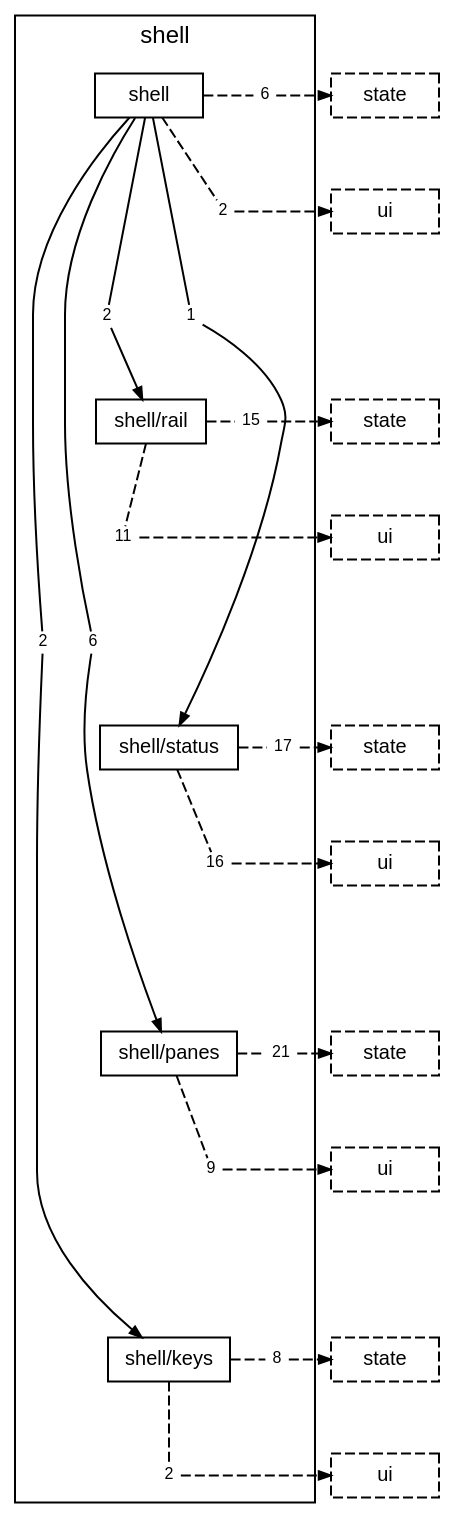
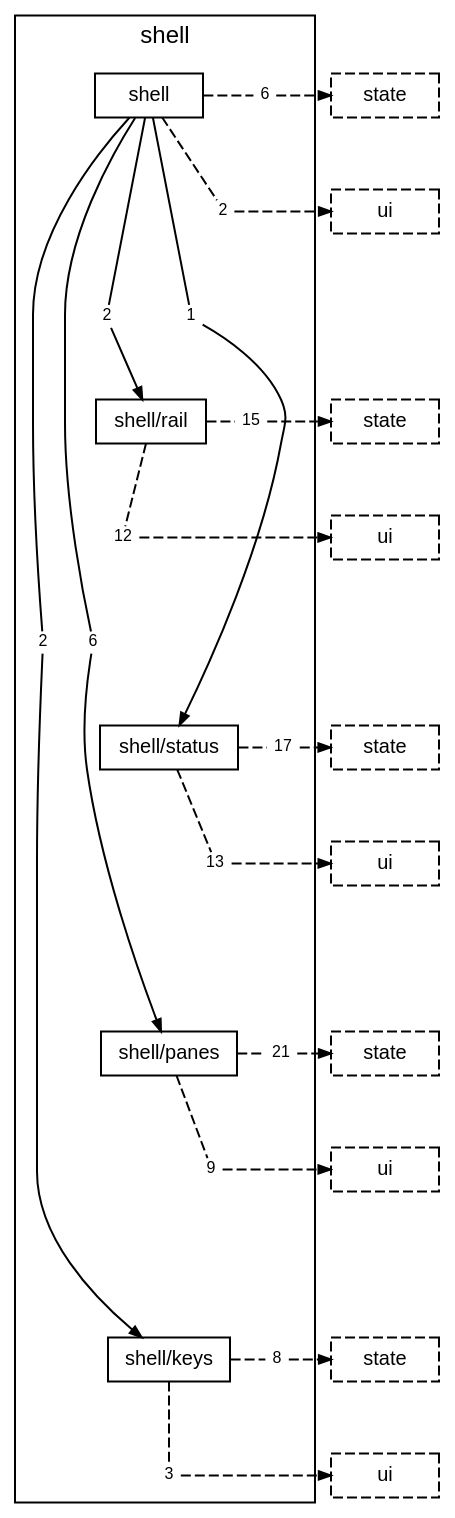
The diagram in docs/diagrams/layer-shell.dot (TheAxeC/oculus), drawn with Graphviz before and after one commit. The commit also changed 66 other files, not shown here.

```diff
--- a/docs/diagrams/layer-shell.dot
+++ b/docs/diagrams/layer-shell.dot
@@ -1,79 +1,79 @@
 digraph layer_shell {
     graph [bgcolor="transparent", rankdir=TB, newrank=true, fontname="Helvetica,Arial,sans-serif", fontsize=12, nodesep=0.2, ranksep=0.5];
     node [shape=box, color="black", fontcolor="black", fontname="Helvetica,Arial,sans-serif", fontsize=10, height=0.3, margin="0.12,0.04"];
     edge [color="black", fontcolor="black", fontname="Helvetica,Arial,sans-serif", fontsize=8, arrowsize=0.6];
     subgraph "cluster_shell" {
         label="shell"; style=solid;
         "folder shell" [label="shell"];
         "folder shell/rail" [label="shell/rail"];
         "folder shell/status" [label="shell/status"];
         "folder shell/panes" [label="shell/panes"];
         "folder shell/keys" [label="shell/keys"];
         "folder shell to folder shell/keys" [label="2", shape=box, color="transparent", fontsize=8, width=0, height=0, margin="0.04,0.02"];
         "folder shell to folder shell/panes" [label="6", shape=box, color="transparent", fontsize=8, width=0, height=0, margin="0.04,0.02"];
         "folder shell to folder shell/rail" [label="2", shape=box, color="transparent", fontsize=8, width=0, height=0, margin="0.04,0.02"];
         "folder shell to folder shell/status" [label="1", shape=box, color="transparent", fontsize=8, width=0, height=0, margin="0.04,0.02"];
         "folder shell to layer state" [label="6", shape=box, color="transparent", fontsize=8, width=0, height=0, margin="0.04,0.02"];
         "folder shell to layer ui" [label="2", shape=box, color="transparent", fontsize=8, width=0, height=0, margin="0.04,0.02"];
         "folder shell/rail to layer state" [label="15", shape=box, color="transparent", fontsize=8, width=0, height=0, margin="0.04,0.02"];
-        "folder shell/rail to layer ui" [label="11", shape=box, color="transparent", fontsize=8, width=0, height=0, margin="0.04,0.02"];
+        "folder shell/rail to layer ui" [label="12", shape=box, color="transparent", fontsize=8, width=0, height=0, margin="0.04,0.02"];
         "folder shell/status to layer state" [label="17", shape=box, color="transparent", fontsize=8, width=0, height=0, margin="0.04,0.02"];
-        "folder shell/status to layer ui" [label="16", shape=box, color="transparent", fontsize=8, width=0, height=0, margin="0.04,0.02"];
+        "folder shell/status to layer ui" [label="13", shape=box, color="transparent", fontsize=8, width=0, height=0, margin="0.04,0.02"];
         "folder shell/panes to layer state" [label="21", shape=box, color="transparent", fontsize=8, width=0, height=0, margin="0.04,0.02"];
         "folder shell/panes to layer ui" [label="9", shape=box, color="transparent", fontsize=8, width=0, height=0, margin="0.04,0.02"];
         "folder shell/keys to layer state" [label="8", shape=box, color="transparent", fontsize=8, width=0, height=0, margin="0.04,0.02"];
-        "folder shell/keys to layer ui" [label="2", shape=box, color="transparent", fontsize=8, width=0, height=0, margin="0.04,0.02"];
+        "folder shell/keys to layer ui" [label="3", shape=box, color="transparent", fontsize=8, width=0, height=0, margin="0.04,0.02"];
     }
     "layer state from folder shell" [label="state", style=dashed];
     "layer ui from folder shell" [label="ui", style=dashed];
     "layer state from folder shell/rail" [label="state", style=dashed];
     "layer ui from folder shell/rail" [label="ui", style=dashed];
     "layer state from folder shell/status" [label="state", style=dashed];
     "layer ui from folder shell/status" [label="ui", style=dashed];
     "layer state from folder shell/panes" [label="state", style=dashed];
     "layer ui from folder shell/panes" [label="ui", style=dashed];
     "layer state from folder shell/keys" [label="state", style=dashed];
     "layer ui from folder shell/keys" [label="ui", style=dashed];
     "folder shell" -> "folder shell/rail" [style=invis, weight=10, minlen=3];
     "folder shell/rail" -> "folder shell/status" [style=invis, weight=10, minlen=3];
     "folder shell/status" -> "folder shell/panes" [style=invis, weight=10, minlen=3];
     "folder shell/panes" -> "folder shell/keys" [style=invis, weight=10, minlen=3];
     "folder shell" -> "folder shell to folder shell/keys" [arrowhead=none, minlen=5, weight=10];
     "folder shell to folder shell/keys" -> "folder shell/keys" [];
     "folder shell" -> "folder shell to folder shell/panes" [arrowhead=none, minlen=5, weight=10];
     "folder shell to folder shell/panes" -> "folder shell/panes" [];
     "folder shell" -> "folder shell to folder shell/rail" [arrowhead=none, minlen=2, weight=10];
     "folder shell to folder shell/rail" -> "folder shell/rail" [];
     "folder shell" -> "folder shell to folder shell/status" [arrowhead=none, minlen=2, weight=10];
     "folder shell to folder shell/status" -> "folder shell/status" [];
     "folder shell" -> "folder shell to layer state" [arrowhead=none, style=dashed];
     "folder shell to layer state" -> "layer state from folder shell" [style=dashed];
     { rank=same; "folder shell"; "folder shell to layer state"; "layer state from folder shell"; }
     "folder shell" -> "folder shell to layer ui" [arrowhead=none, style=dashed, minlen=1, weight=10];
     "folder shell to layer ui" -> "layer ui from folder shell" [style=dashed];
     { rank=same; "folder shell to layer ui"; "layer ui from folder shell"; }
     "folder shell/rail" -> "folder shell/rail to layer state" [arrowhead=none, style=dashed];
     "folder shell/rail to layer state" -> "layer state from folder shell/rail" [style=dashed];
     { rank=same; "folder shell/rail"; "folder shell/rail to layer state"; "layer state from folder shell/rail"; }
     "folder shell/rail" -> "folder shell/rail to layer ui" [arrowhead=none, style=dashed, minlen=1, weight=10];
     "folder shell/rail to layer ui" -> "layer ui from folder shell/rail" [style=dashed];
     { rank=same; "folder shell/rail to layer ui"; "layer ui from folder shell/rail"; }
     "folder shell/status" -> "folder shell/status to layer state" [arrowhead=none, style=dashed];
     "folder shell/status to layer state" -> "layer state from folder shell/status" [style=dashed];
     { rank=same; "folder shell/status"; "folder shell/status to layer state"; "layer state from folder shell/status"; }
     "folder shell/status" -> "folder shell/status to layer ui" [arrowhead=none, style=dashed, minlen=1, weight=10];
     "folder shell/status to layer ui" -> "layer ui from folder shell/status" [style=dashed];
     { rank=same; "folder shell/status to layer ui"; "layer ui from folder shell/status"; }
     "folder shell/panes" -> "folder shell/panes to layer state" [arrowhead=none, style=dashed];
     "folder shell/panes to layer state" -> "layer state from folder shell/panes" [style=dashed];
     { rank=same; "folder shell/panes"; "folder shell/panes to layer state"; "layer state from folder shell/panes"; }
     "folder shell/panes" -> "folder shell/panes to layer ui" [arrowhead=none, style=dashed, minlen=1, weight=10];
     "folder shell/panes to layer ui" -> "layer ui from folder shell/panes" [style=dashed];
     { rank=same; "folder shell/panes to layer ui"; "layer ui from folder shell/panes"; }
     "folder shell/keys" -> "folder shell/keys to layer state" [arrowhead=none, style=dashed];
     "folder shell/keys to layer state" -> "layer state from folder shell/keys" [style=dashed];
     { rank=same; "folder shell/keys"; "folder shell/keys to layer state"; "layer state from folder shell/keys"; }
     "folder shell/keys" -> "folder shell/keys to layer ui" [arrowhead=none, style=dashed, minlen=1, weight=10];
     "folder shell/keys to layer ui" -> "layer ui from folder shell/keys" [style=dashed];
     { rank=same; "folder shell/keys to layer ui"; "layer ui from folder shell/keys"; }
 }
```
